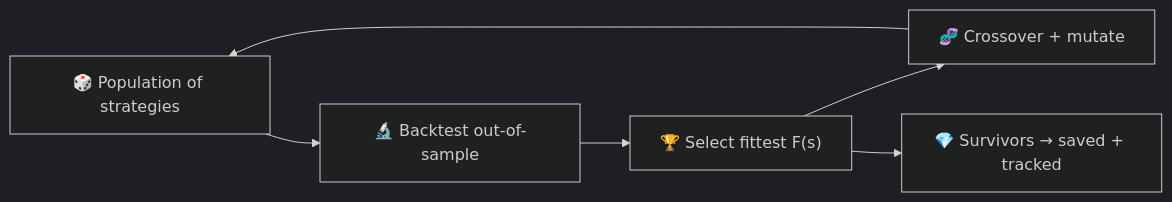
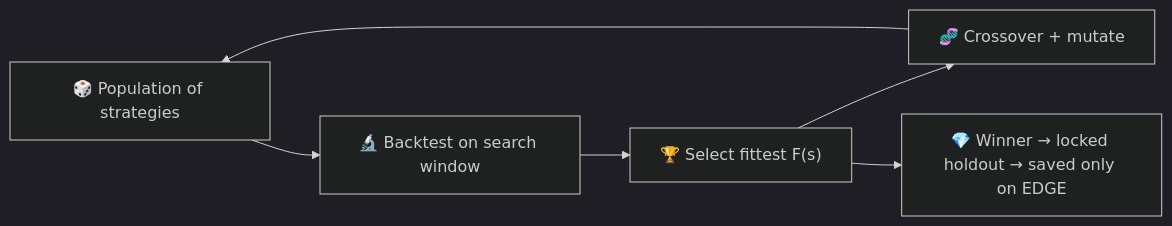
The fourth of 4 diagrams in fora.md (formionai/docs), drawn with Mermaid (dark theme) before and after one commit. The commit also changed other lines of this file and 47 other files, not shown here.

````diff
--- a/fora.md
+++ b/fora.md
@@ -163,8 +165,8 @@
 ```mermaid
 flowchart LR
-  G0["🎲 Population of strategies"] --> BT["🔬 Backtest out-of-sample"]
+  G0["🎲 Population of strategies"] --> BT["🔬 Backtest on search window"]
   BT --> SEL["🏆 Select fittest F(s)"]
   SEL --> XO["🧬 Crossover + mutate"]
   XO --> G0
-  SEL --> W["💎 Survivors → saved + tracked"]
+  SEL --> W["💎 Winner → locked holdout → saved only on EDGE"]
 ```
````
